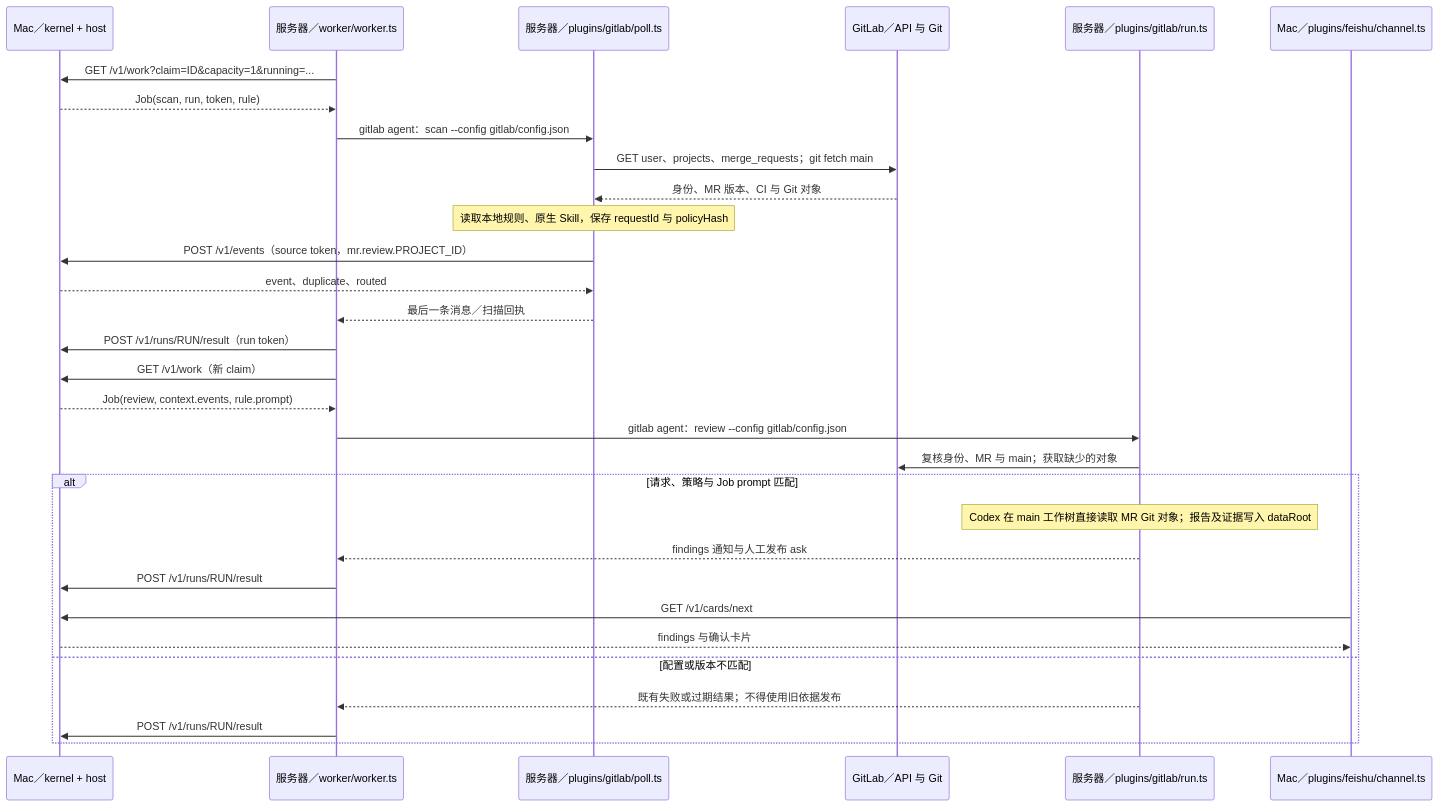
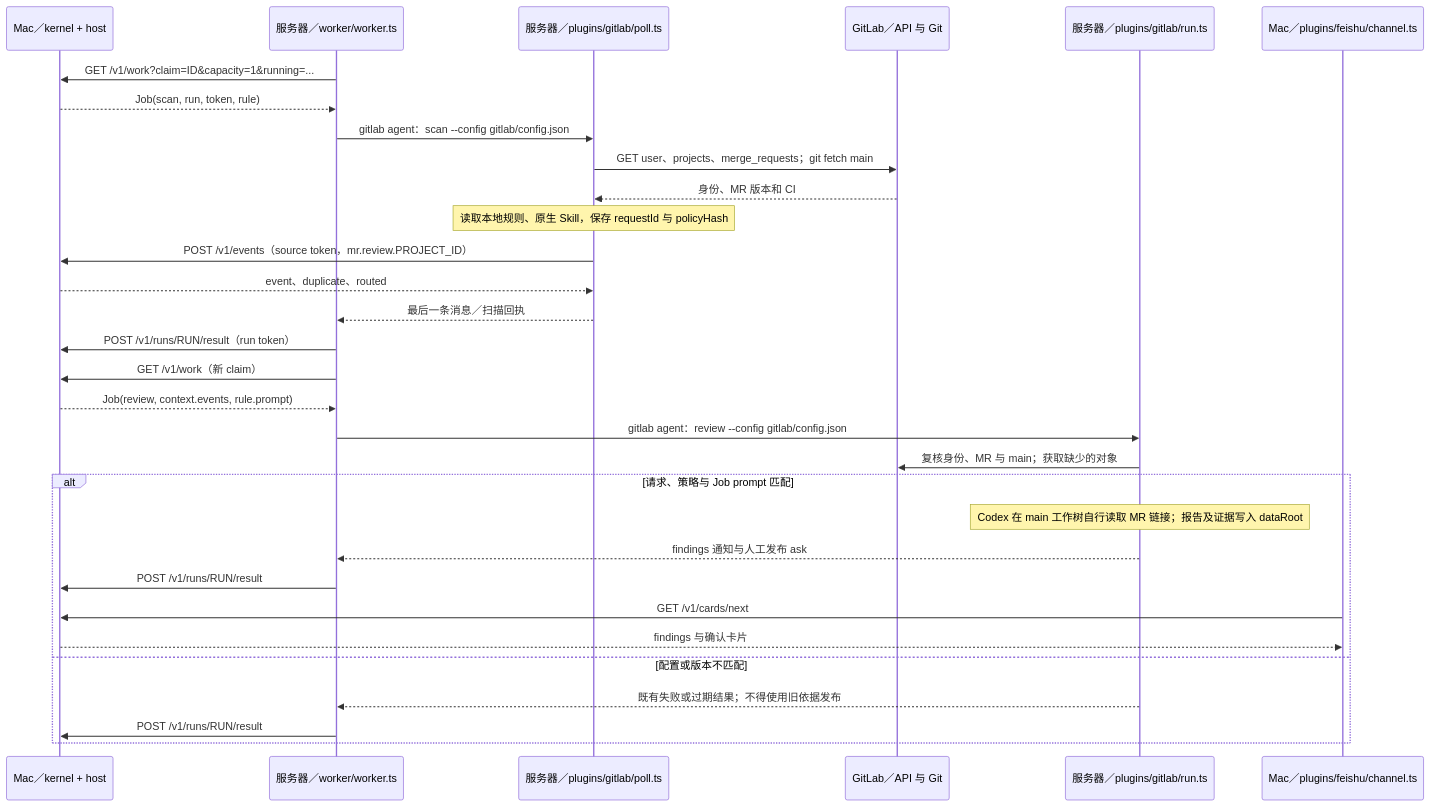
One commit to OOSYOO/agent-autoloop changed the second of 4 diagrams in docs/specs/remote_review_worker.md. Above: the diagram before and after it, drawn with Mermaid. The commit also changed other lines of this file and 22 other files, not shown here.

````diff
--- a/docs/specs/remote_review_worker.md
+++ b/docs/specs/remote_review_worker.md
@@ -84,33 +84,33 @@
 ```mermaid
 sequenceDiagram
     participant H as Mac／kernel + host
     participant W as 服务器／worker/worker.ts
     participant P as 服务器／plugins/gitlab/poll.ts
     participant G as GitLab／API 与 Git
     participant R as 服务器／plugins/gitlab/run.ts
     participant C as Mac／plugins/feishu/channel.ts
     W->>H: GET /v1/work?claim=ID&capacity=1&running=...
     H-->>W: Job(scan, run, token, rule)
     W->>P: gitlab agent：scan --config gitlab/config.json
     P->>G: GET user、projects、merge_requests；git fetch main
-    G-->>P: 身份、MR 版本、CI 与 Git 对象
+    G-->>P: 身份、MR 版本和 CI
     Note over P: 读取本地规则、原生 Skill，保存 requestId 与 policyHash
     P->>H: POST /v1/events（source token，mr.review.PROJECT_ID）
     H-->>P: event、duplicate、routed
     P-->>W: 最后一条消息／扫描回执
     W->>H: POST /v1/runs/RUN/result（run token）
     W->>H: GET /v1/work（新 claim）
     H-->>W: Job(review, context.events, rule.prompt)
     W->>R: gitlab agent：review --config gitlab/config.json
     R->>G: 复核身份、MR 与 main；获取缺少的对象
     alt 请求、策略与 Job prompt 匹配
-        Note over R: Codex 在 main 工作树直接读取 MR Git 对象；报告及证据写入 dataRoot
+        Note over R: Codex 在 main 工作树自行读取 MR 链接；报告及证据写入 dataRoot
         R-->>W: findings 通知与人工发布 ask
         W->>H: POST /v1/runs/RUN/result
         C->>H: GET /v1/cards/next
         H-->>C: findings 与确认卡片
     else 配置或版本不匹配
         R-->>W: 既有失败或过期结果；不得使用旧依据发布
         W->>H: POST /v1/runs/RUN/result
     end
 ```
````
